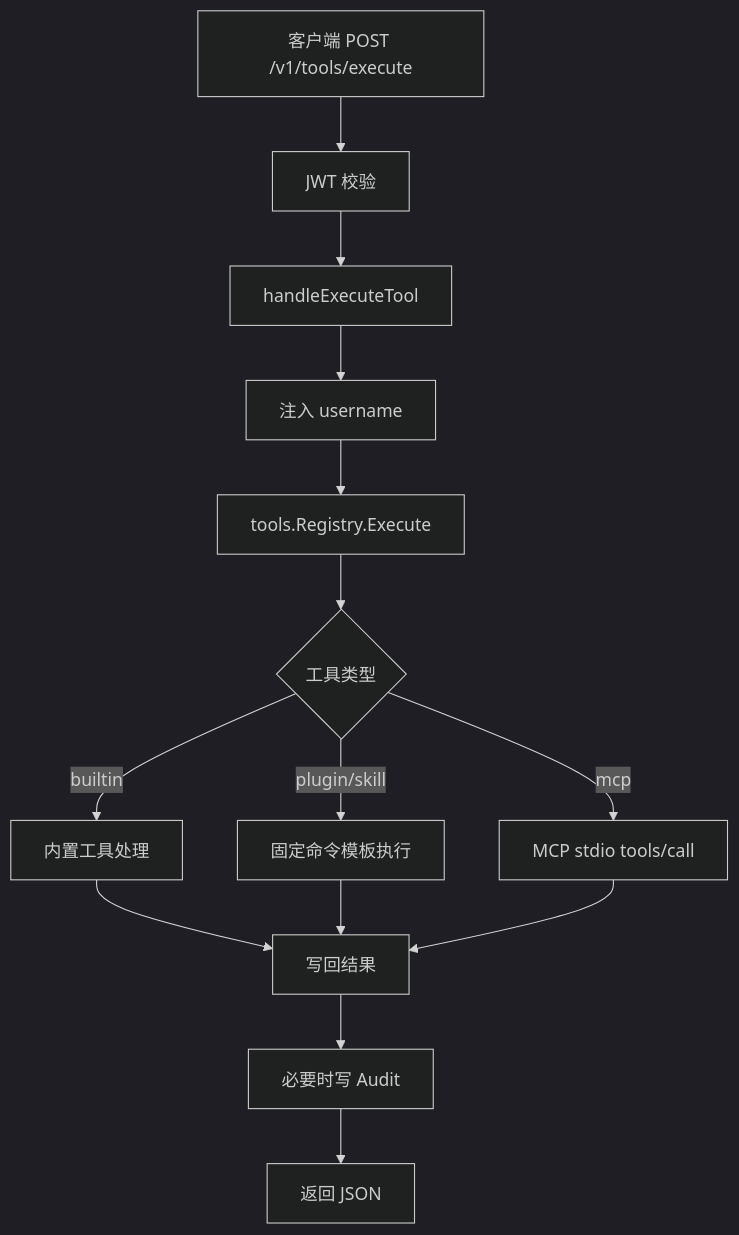
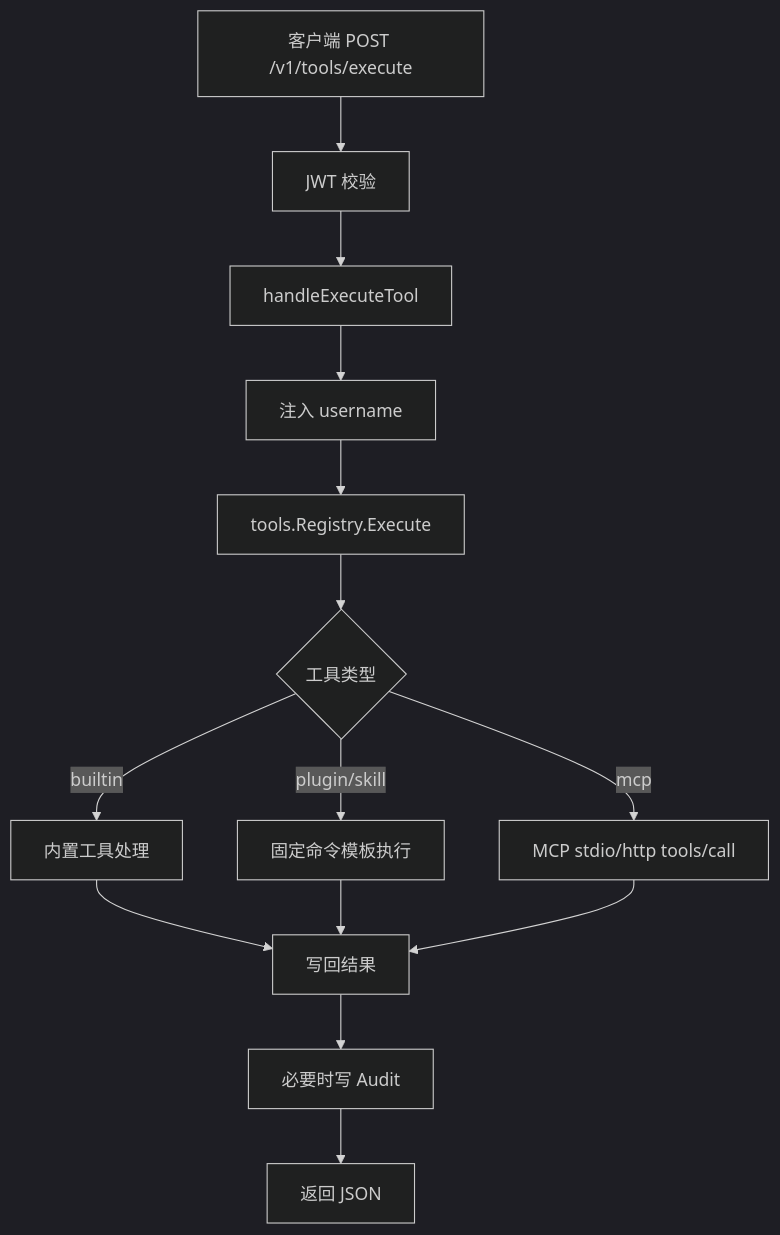
One commit to malizhi2202-dev/go-hermes-agent changed the third of 5 diagrams in docs/architecture/go-execution-flow.md. Above: the diagram before and after it, drawn with Mermaid (dark theme). The commit also changed 75 other files, not shown here.

````diff
--- a/docs/architecture/go-execution-flow.md
+++ b/docs/architecture/go-execution-flow.md
@@ -42,16 +42,16 @@
 ```mermaid
 flowchart TD
     A[客户端 POST /v1/tools/execute] --> B[JWT 校验]
     B --> C[handleExecuteTool]
     C --> D[注入 username]
     D --> E[tools.Registry.Execute]
     E --> F{工具类型}
     F -->|builtin| G[内置工具处理]
     F -->|plugin/skill| H[固定命令模板执行]
-    F -->|mcp| I[MCP stdio tools/call]
+    F -->|mcp| I[MCP stdio/http tools/call]
     G --> J[写回结果]
     H --> J
     I --> J
     J --> K[必要时写 Audit]
     K --> L[返回 JSON]
 ```
````
